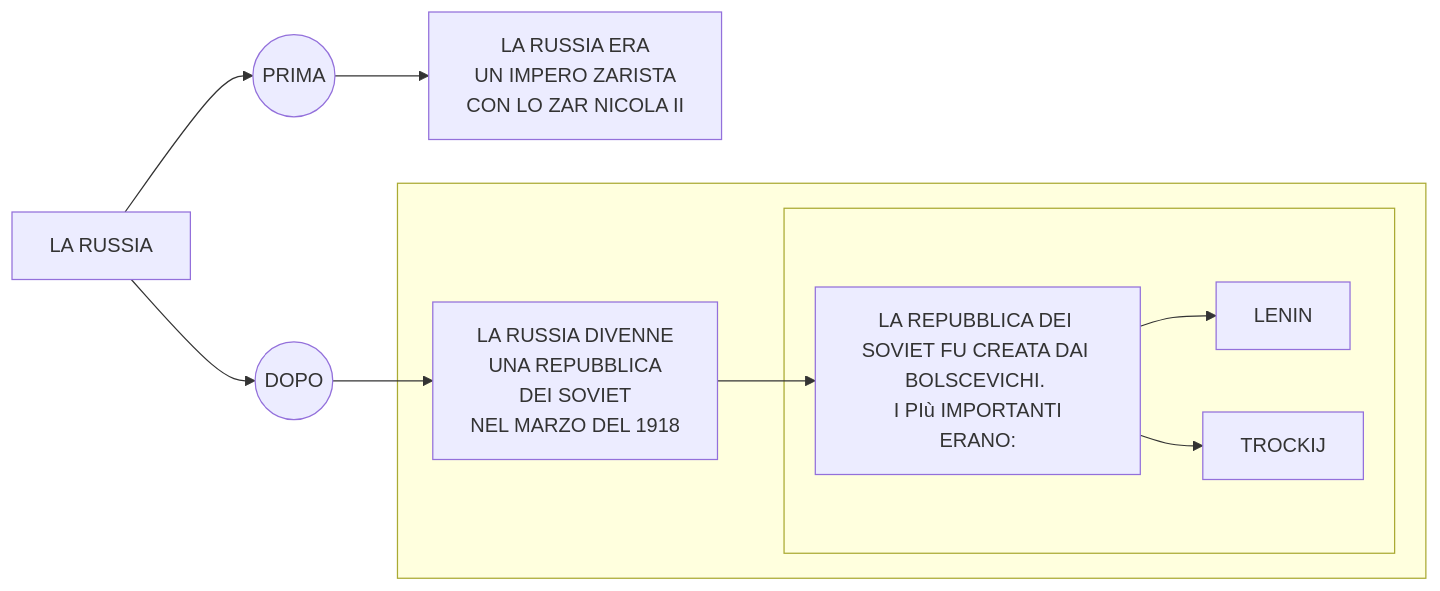
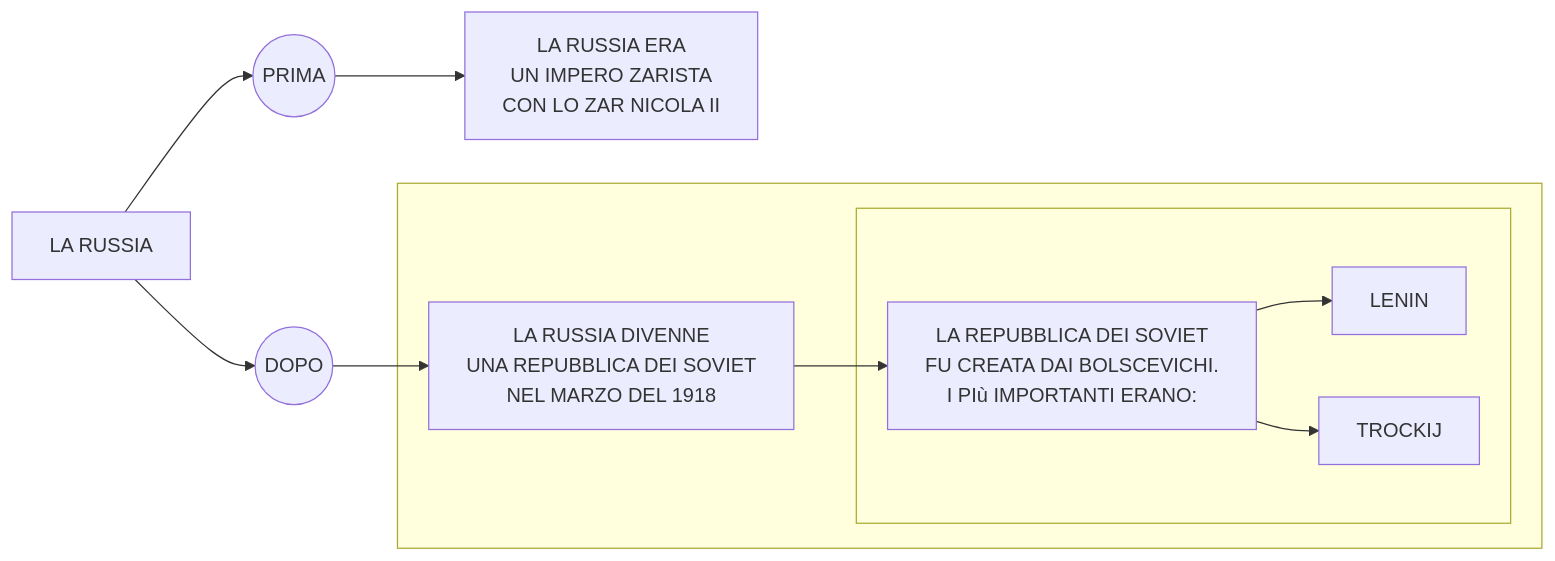
Before and after one commit to Laaouatni/ricerca-storia-MermaidJS: the first of 2 diagrams in stalinismoRiscrittura.md, drawn with Mermaid. The commit also changed other lines of this file, not shown here.

````diff
--- a/stalinismoRiscrittura.md
+++ b/stalinismoRiscrittura.md
@@ -1,20 +1,21 @@
 ```mermaid
+%%{init: { "flowchart": { "wrappingWidth": 300 } }}%%
 flowchart LR
   0[LA RUSSIA]
   01((PRIMA))
   02((DOPO))
   1[LA RUSSIA ERA <br> UN IMPERO ZARISTA <br> CON LO ZAR NICOLA II]
   0 --> 01 & 02 
   01 --> 1 
   02 --> 2
   subgraph 40[" "]
-    2[LA RUSSIA DIVENNE <br> UNA REPUBBLICA <br> DEI SOVIET <br> NEL MARZO DEL 1918]
+    2[LA RUSSIA DIVENNE <br> UNA REPUBBLICA DEI SOVIET <br> NEL MARZO DEL 1918]:::wide
     subgraph 30[" "]
-      20[LA REPUBBLICA DEI SOVIET FU CREATA DAI BOLSCEVICHI. <br> I PIù IMPORTANTI ERANO:]
+      20[LA REPUBBLICA DEI SOVIET <br> FU CREATA DAI BOLSCEVICHI. <br> I PIù IMPORTANTI ERANO:]
       200[LENIN]
       201[TROCKIJ]
       20 --> 200 & 201
     end
   end
   2 --> 20
 ```
````
